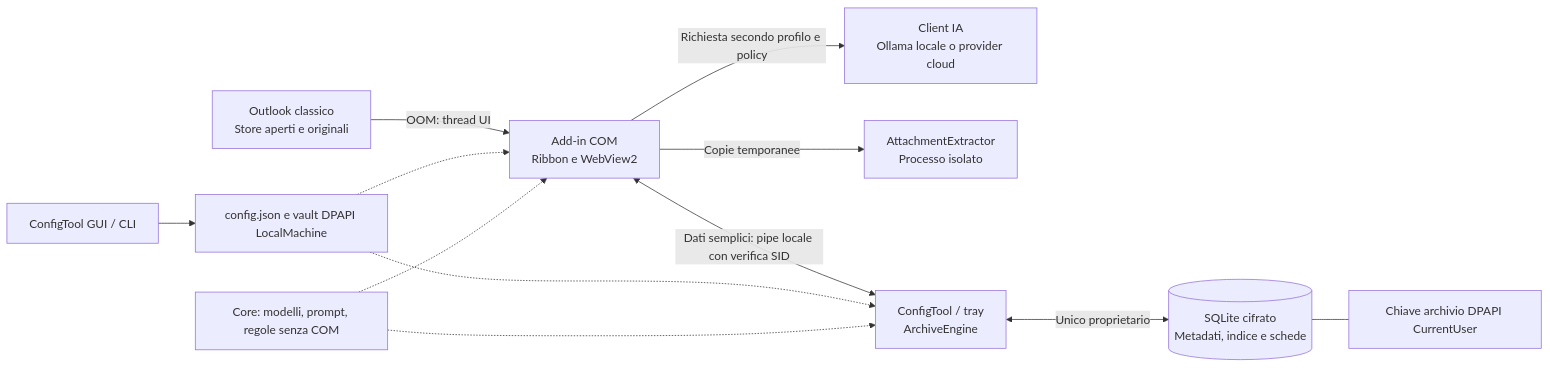
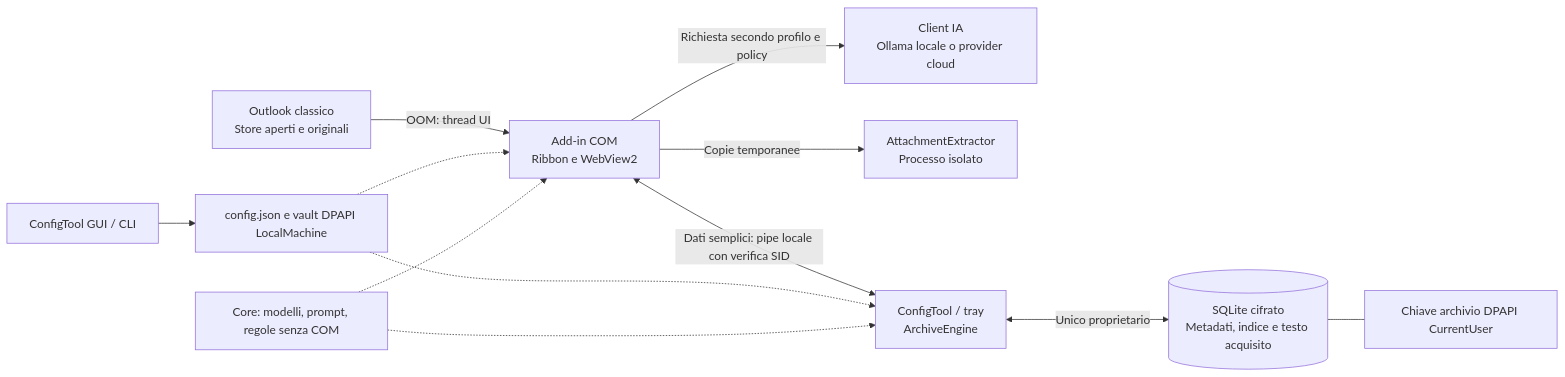
The diagram in assets/architecture/system.mmd (dennidalpos/OnlyWorkspace), drawn with Mermaid before and after one commit. The commit also changed 14 other files, not shown here.

```diff
--- a/assets/architecture/system.mmd
+++ b/assets/architecture/system.mmd
@@ -1,12 +1,12 @@
 flowchart LR
     O["Outlook classico<br/>Store aperti e originali"] -->|"OOM: thread UI"| A["Add-in COM<br/>Ribbon e WebView2"]
     A -->|"Richiesta secondo profilo e policy"| L["Client IA<br/>Ollama locale o provider cloud"]
     A -->|"Copie temporanee"| X["AttachmentExtractor<br/>Processo isolato"]
     A <-->|"Dati semplici: pipe locale con verifica SID"| T["ConfigTool / tray<br/>ArchiveEngine"]
-    T <-->|"Unico proprietario"| D[("SQLite cifrato<br/>Metadati, indice e schede")]
+    T <-->|"Unico proprietario"| D[("SQLite cifrato<br/>Metadati, indice e testo acquisito")]
     C["ConfigTool GUI / CLI"] --> F["config.json e vault DPAPI LocalMachine"]
     F -.-> A
     F -.-> T
     K["Core: modelli, prompt, regole senza COM"] -.-> A
     K -.-> T
     D --- P["Chiave archivio DPAPI CurrentUser"]
```
